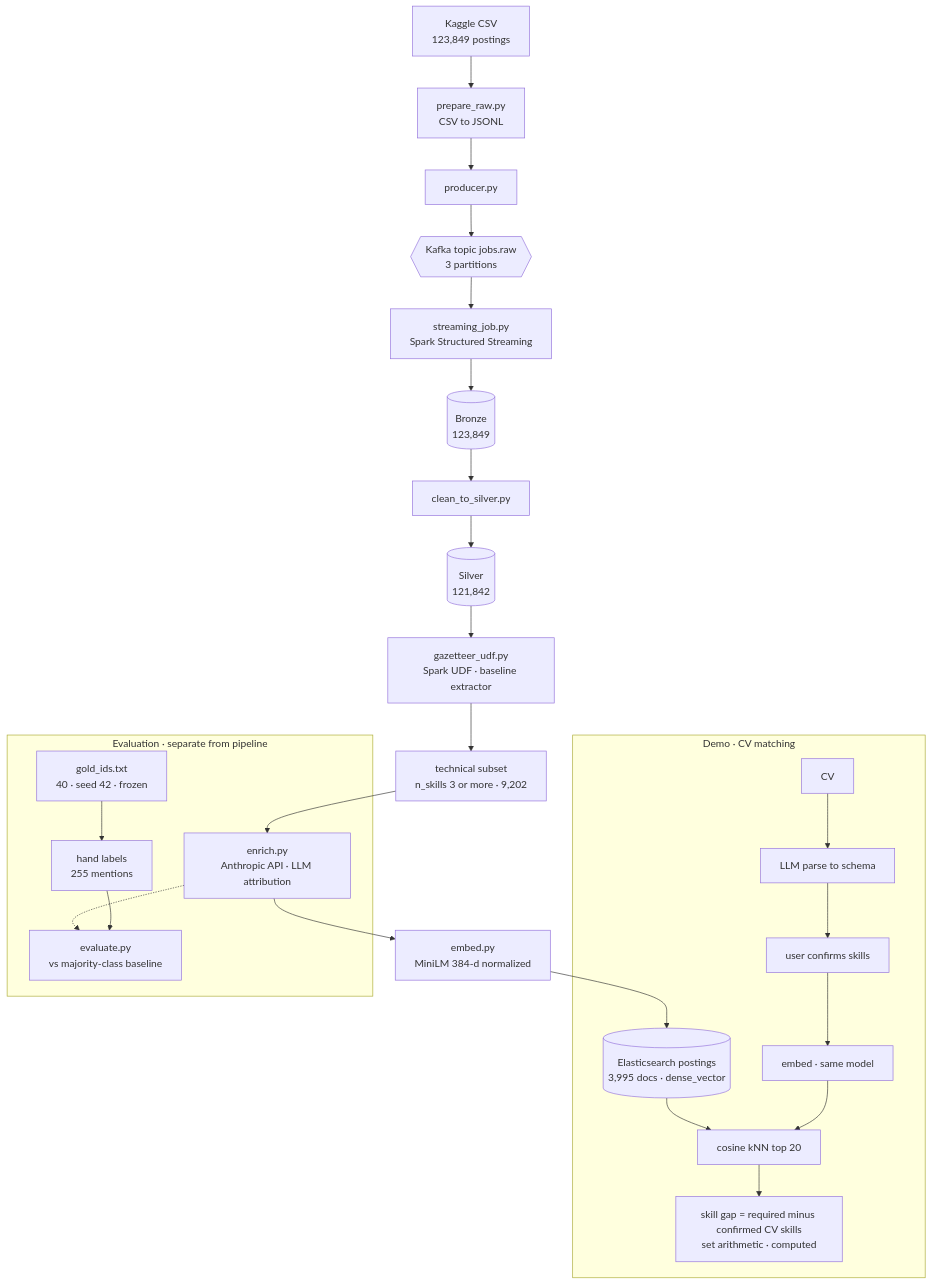
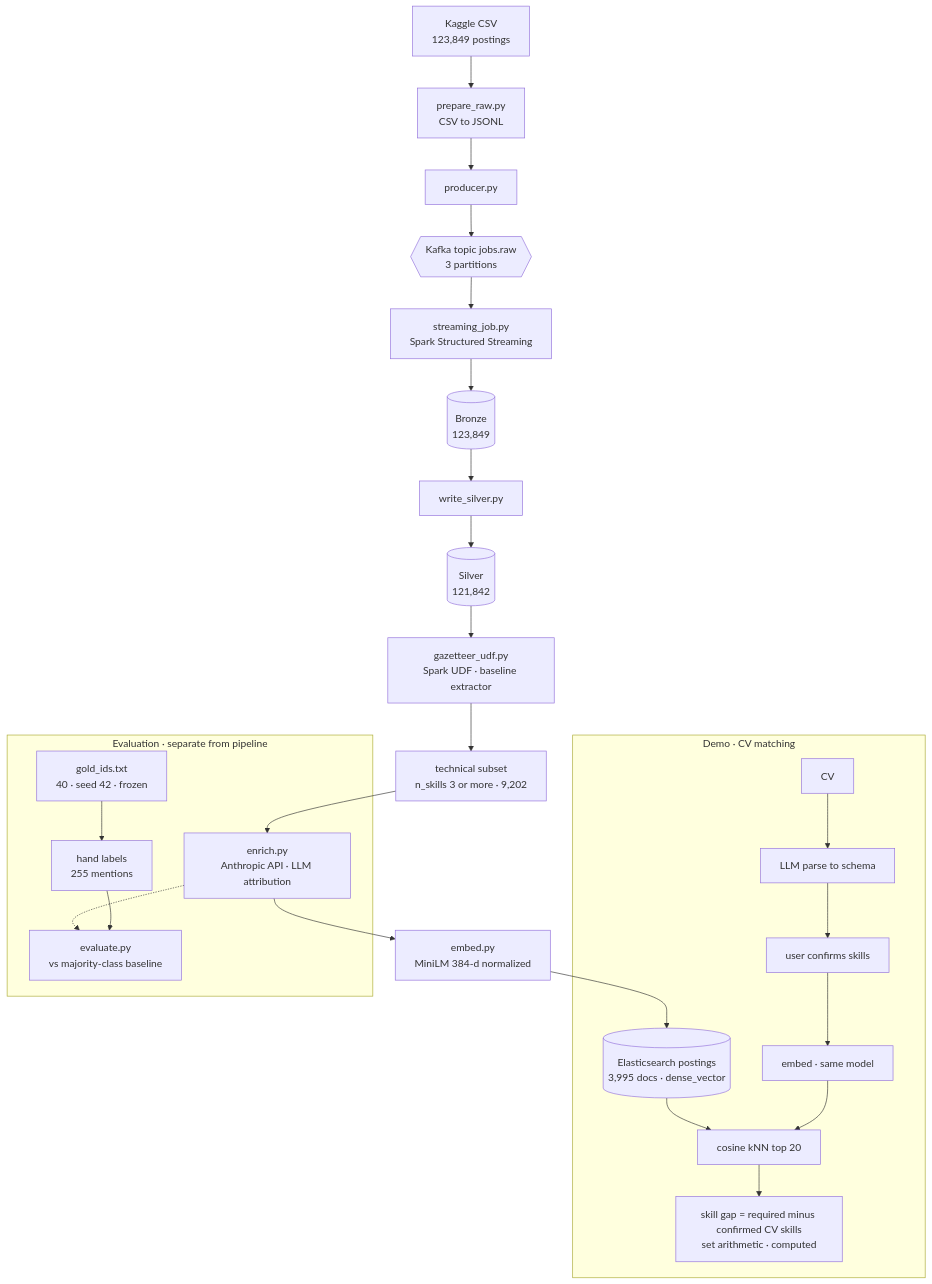
Before and after one commit to Ari-G1/job-market-intel: the diagram in docs/design_doc.md, drawn with Mermaid. The commit also changed other lines of this file, not shown here.

````diff
--- a/docs/design_doc.md
+++ b/docs/design_doc.md
@@ -19,30 +19,30 @@
 ```mermaid
 flowchart TD
     CSV[Kaggle CSV<br/>123,849 postings] --> PREP[prepare_raw.py<br/>CSV to JSONL]
     PREP --> PROD[producer.py]
     PROD --> KAFKA{{Kafka topic jobs.raw<br/>3 partitions}}
     KAFKA --> STREAM[streaming_job.py<br/>Spark Structured Streaming]
     STREAM --> BRONZE[(Bronze<br/>123,849)]
-    BRONZE --> SILVER[clean_to_silver.py]
+    BRONZE --> SILVER[write_silver.py]
     SILVER --> SLV[(Silver<br/>121,842)]
     SLV --> GAZ[gazetteer_udf.py<br/>Spark UDF · baseline extractor]
     GAZ --> SUBSET[technical subset<br/>n_skills 3 or more · 9,202]
     SUBSET --> ENRICH[enrich.py<br/>Anthropic API · LLM attribution]
     ENRICH --> EMBED[embed.py<br/>MiniLM 384-d normalized]
     EMBED --> ES[(Elasticsearch postings<br/>3,995 docs · dense_vector)]
 
     subgraph DEMO [Demo · CV matching]
         CV[CV] --> CVP[LLM parse to schema]
         CVP --> CONF[user confirms skills]
         CONF --> CVE[embed · same model]
         CVE --> KNN[cosine kNN top 20]
         ES --> KNN
         KNN --> GAP[skill gap = required minus confirmed CV skills<br/>set arithmetic · computed]
     end
 
     subgraph EVAL [Evaluation · separate from pipeline]
         GOLD[gold_ids.txt<br/>40 · seed 42 · frozen] --> LAB[hand labels<br/>255 mentions]
         LAB --> EV[evaluate.py<br/>vs majority-class baseline]
         ENRICH -.-> EV
     end
 ```
````
